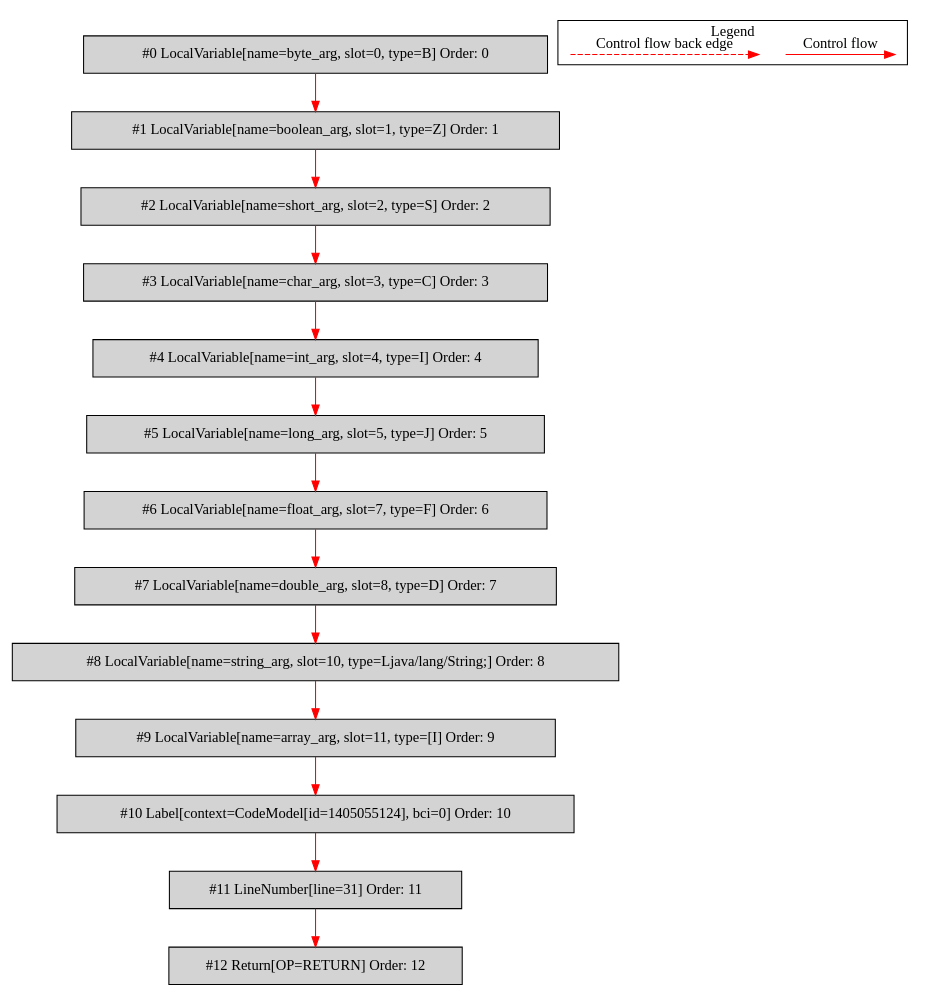
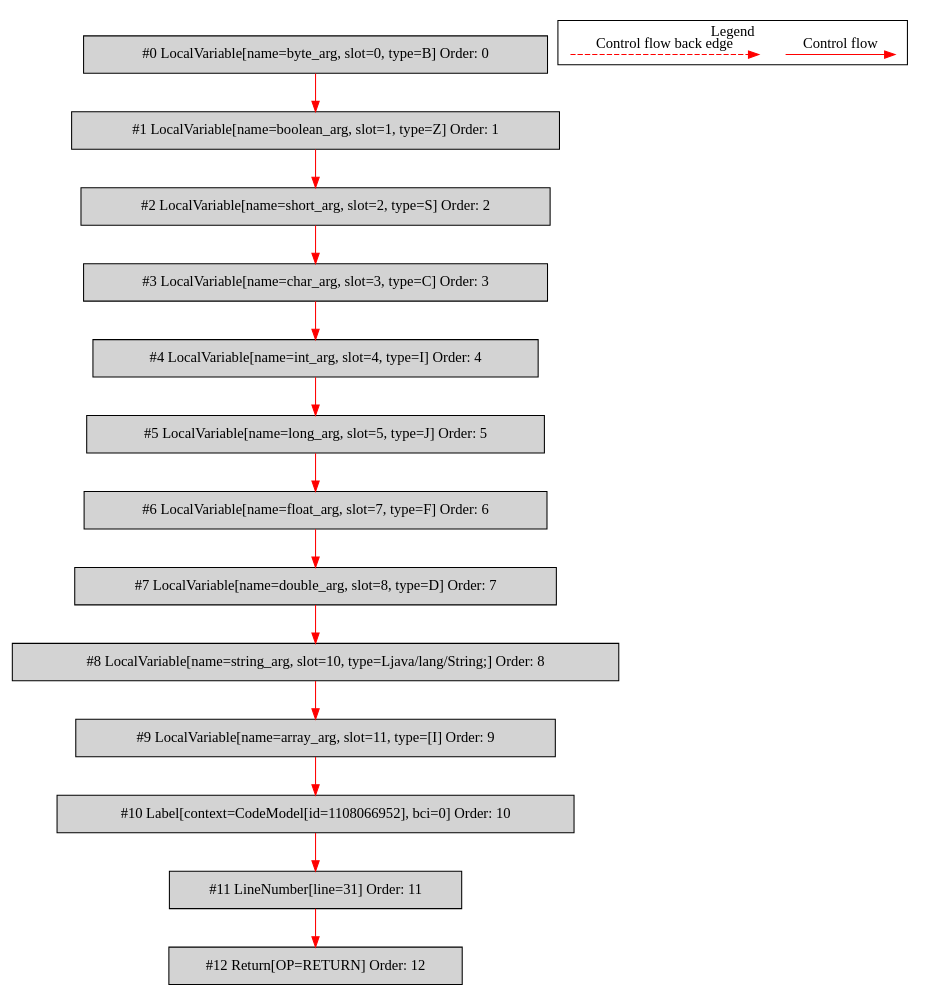
The diagram in de.mirkosertic.metair.ir.examples.MethodInvokeTest/simple_method/bytecodecfg.dot (mirkosertic/MetaIR), drawn with Graphviz before and after one commit. The commit also changed 476 other files, not shown here.

```diff
--- a/de.mirkosertic.metair.ir.examples.MethodInvokeTest/simple_method/bytecodecfg.dot
+++ b/de.mirkosertic.metair.ir.examples.MethodInvokeTest/simple_method/bytecodecfg.dot
@@ -1,42 +1,42 @@
 digraph {
  ordering="in";
  node0[label="#0 LocalVariable[name=byte_arg, slot=0, type=B] Order: 0", shape=box, fillcolor=lightgrey, style=filled];
  node1[label="#1 LocalVariable[name=boolean_arg, slot=1, type=Z] Order: 1", shape=box, fillcolor=lightgrey, style=filled];
  node2[label="#2 LocalVariable[name=short_arg, slot=2, type=S] Order: 2", shape=box, fillcolor=lightgrey, style=filled];
  node3[label="#3 LocalVariable[name=char_arg, slot=3, type=C] Order: 3", shape=box, fillcolor=lightgrey, style=filled];
  node4[label="#4 LocalVariable[name=int_arg, slot=4, type=I] Order: 4", shape=box, fillcolor=lightgrey, style=filled];
  node5[label="#5 LocalVariable[name=long_arg, slot=5, type=J] Order: 5", shape=box, fillcolor=lightgrey, style=filled];
  node6[label="#6 LocalVariable[name=float_arg, slot=7, type=F] Order: 6", shape=box, fillcolor=lightgrey, style=filled];
  node7[label="#7 LocalVariable[name=double_arg, slot=8, type=D] Order: 7", shape=box, fillcolor=lightgrey, style=filled];
  node8[label="#8 LocalVariable[name=string_arg, slot=10, type=Ljava/lang/String;] Order: 8", shape=box, fillcolor=lightgrey, style=filled];
  node9[label="#9 LocalVariable[name=array_arg, slot=11, type=[I] Order: 9", shape=box, fillcolor=lightgrey, style=filled];
- node10[label="#10 Label[context=CodeModel[id=1405055124], bci=0] Order: 10", shape=box, fillcolor=lightgrey, style=filled];
+ node10[label="#10 Label[context=CodeModel[id=1108066952], bci=0] Order: 10", shape=box, fillcolor=lightgrey, style=filled];
  node11[label="#11 LineNumber[line=31] Order: 11", shape=box, fillcolor=lightgrey, style=filled];
  node12[label="#12 Return[OP=RETURN] Order: 12", shape=box, fillcolor=lightgrey, style=filled];
  node0 -> node1[color=red];
  node1 -> node2[color=red];
  node2 -> node3[color=red];
  node3 -> node4[color=red];
  node4 -> node5[color=red];
  node5 -> node6[color=red];
  node6 -> node7[color=red];
  node7 -> node8[color=red];
  node8 -> node9[color=red];
  node9 -> node10[color=red];
  node10 -> node11[color=red];
  node11 -> node12[color=red];
  subgraph cluster_000 {
   label = "Legend";
   node [shape=point]
   {
    rank=same;
    c0 [style = invis];
    c1 [style = invis];
    c2 [style = invis];
    c3 [style = invis];
   }
   c0 -> c1 [label="Control flow", style=solid, color=red]
   c2 -> c3 [label="Control flow back edge", style=dashed, color=red]
  }
 
 }
```
